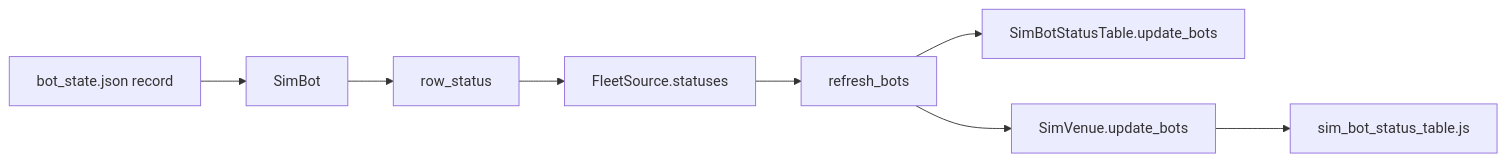
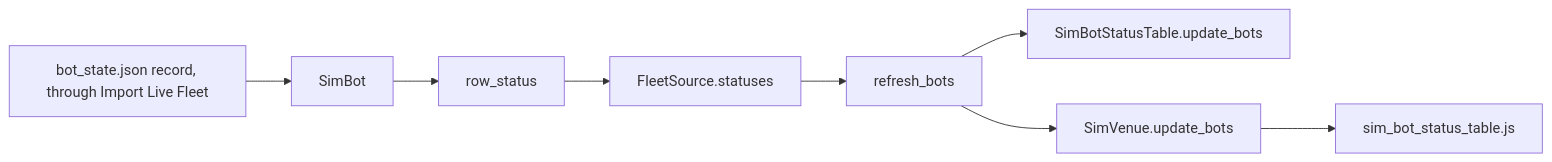
One commit to Acervator-LLC/ACERVATOR changed the fifth of 18 diagrams in docs/manual/08-tabs/simulator.md. Above: the diagram before and after it, drawn with Mermaid. The commit also changed other lines of this file and 3 other files, not shown here.

````diff
--- a/docs/manual/08-tabs/simulator.md
+++ b/docs/manual/08-tabs/simulator.md
@@ -453,10 +1765,10 @@
 ```mermaid
 flowchart LR
-    file[bot_state.json record] --> rec[SimBot]
+    file[bot_state.json record, through Import Live Fleet] --> rec[SimBot]
     rec --> status[row_status]
     status --> src[FleetSource.statuses]
     src --> refresh[refresh_bots]
     refresh --> qt[SimBotStatusTable.update_bots]
     refresh --> react[SimVenue.update_bots]
     react --> page[sim_bot_status_table.js]
 ```
````
